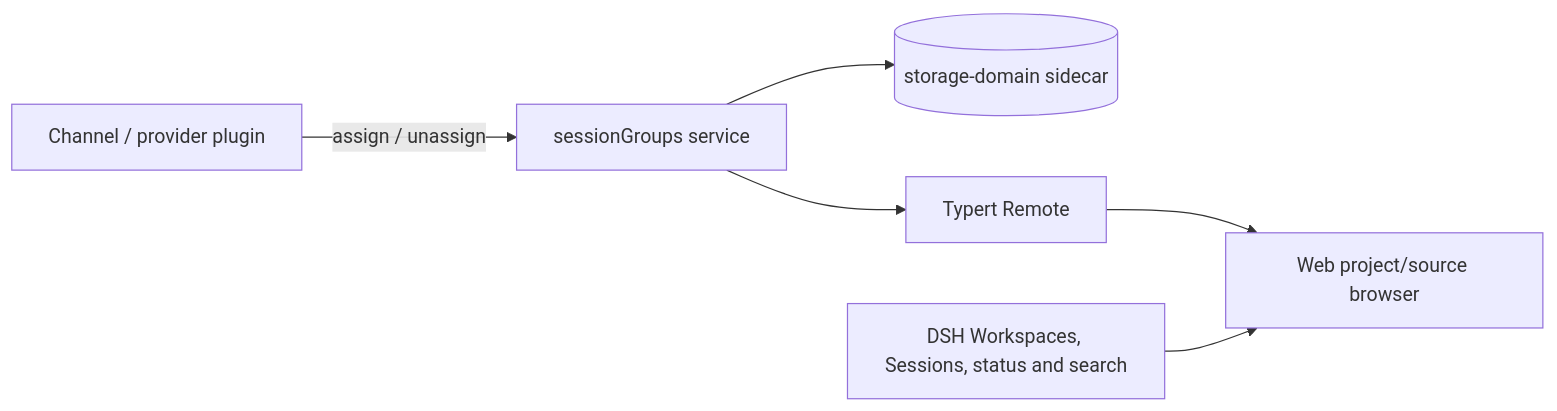
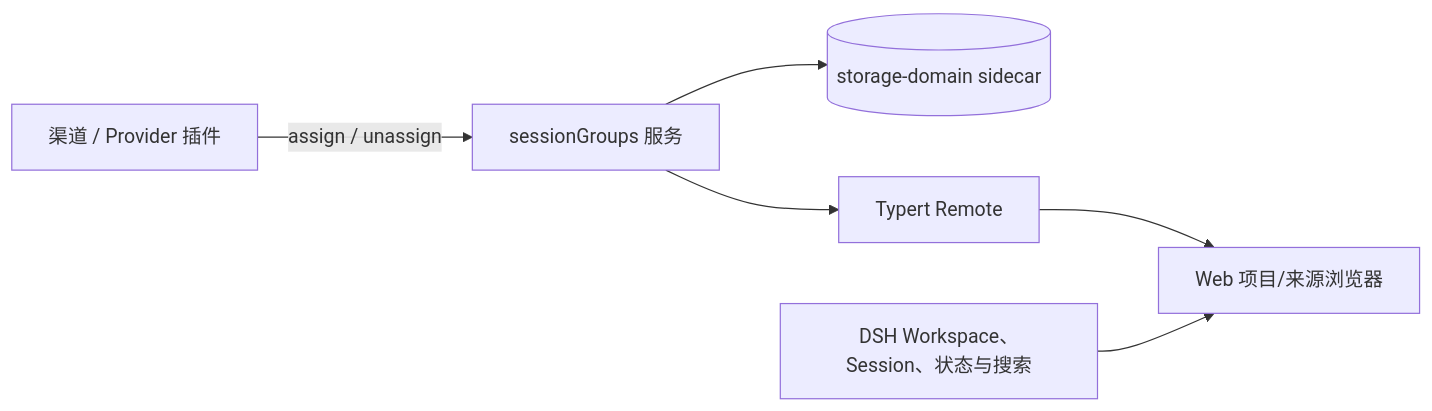
One commit to wheam/dsh-session-groups changed the diagram in README.md. Above: the diagram before and after it, drawn with Mermaid. The commit also changed other lines of this file and 2 other files, not shown here.

````diff
--- a/README.md
+++ b/README.md
@@ -82,8 +82,8 @@
 ```mermaid
 flowchart LR
-    P[Channel / provider plugin] -->|assign / unassign| S[sessionGroups service]
+    P[渠道 / Provider 插件] -->|assign / unassign| S[sessionGroups 服务]
     S --> D[(storage-domain sidecar)]
     S --> R[Typert Remote]
-    R --> B[Web project/source browser]
-    W[DSH Workspaces, Sessions, status and search] --> B
+    R --> B[Web 项目/来源浏览器]
+    W[DSH Workspace、Session、状态与搜索] --> B
 ```
````
